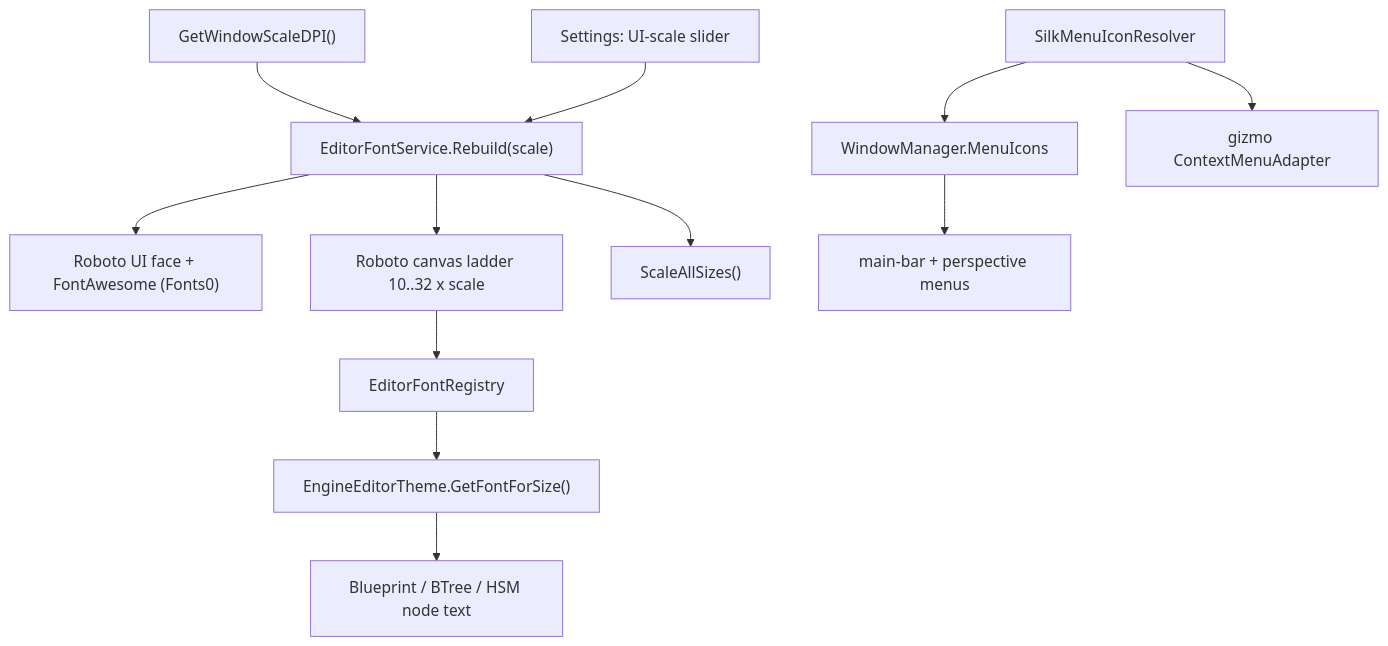
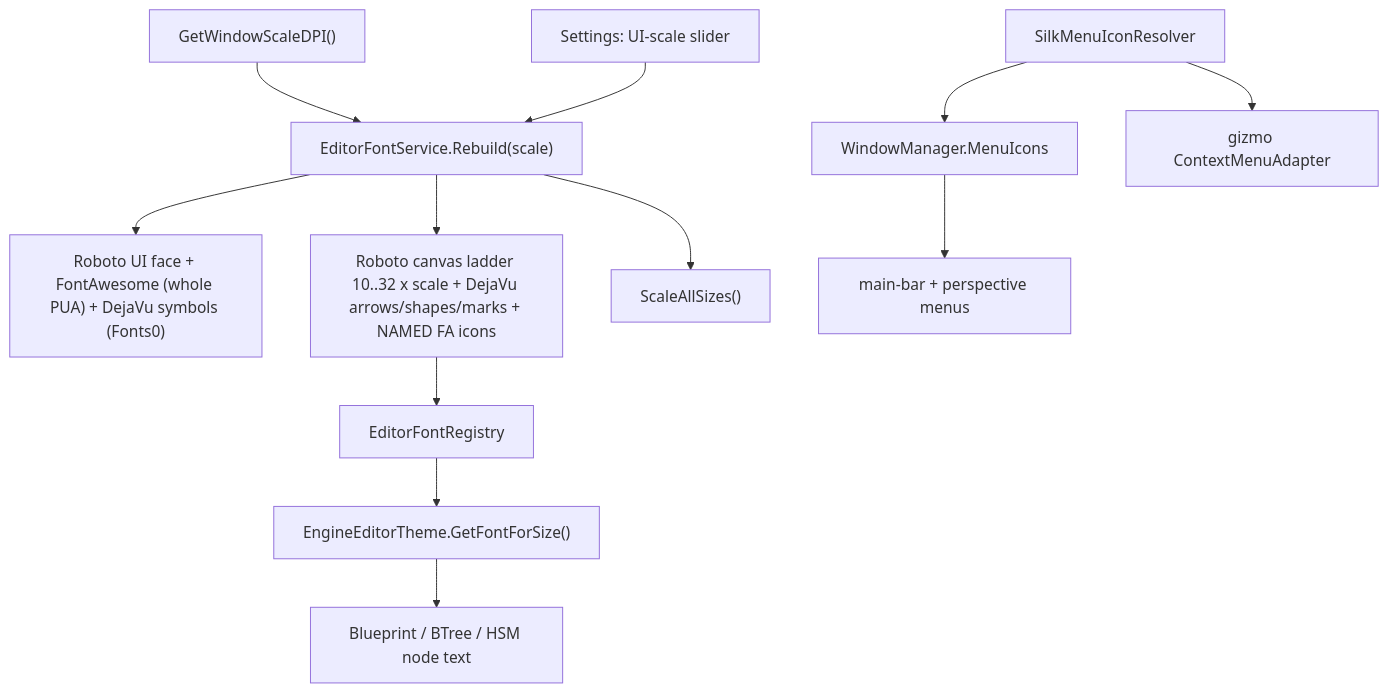
One commit to pjanec/HROT changed the diagram in docs/features/editor-fonts-dpi-menu-icons.md. Above: the diagram before and after it, drawn with Mermaid. The commit also changed other lines of this file and 15 other files, not shown here.

First line of the commit message:
CE-1063: the "?" glyphs - a DejaVu symbol subset merged under Roboto, FA for the rest, a rail over every UI literal and node badge

````diff
--- a/docs/features/editor-fonts-dpi-menu-icons.md
+++ b/docs/features/editor-fonts-dpi-menu-icons.md
@@ -24,14 +33,14 @@
 ```mermaid
 flowchart TD
   DPI["GetWindowScaleDPI()"] --> S
   Slider["Settings: UI-scale slider"] --> S
-  S["EditorFontService.Rebuild(scale)"] --> UI["Roboto UI face + FontAwesome (Fonts0)"]
-  S --> Lad["Roboto canvas ladder 10..32 x scale"]
+  S["EditorFontService.Rebuild(scale)"] --> UI["Roboto UI face + FontAwesome (whole PUA) + DejaVu symbols (Fonts0)"]
+  S --> Lad["Roboto canvas ladder 10..32 x scale + DejaVu arrows/shapes/marks + NAMED FA icons"]
   S --> Style["ScaleAllSizes()"]
   Lad --> Reg["EditorFontRegistry"]
   Reg --> Theme["EngineEditorTheme.GetFontForSize()"]
   Theme --> Canvas["Blueprint / BTree / HSM node text"]
   Res["SilkMenuIconResolver"] --> WM["WindowManager.MenuIcons"]
   Res --> Giz["gizmo ContextMenuAdapter"]
   WM --> Menus["main-bar + perspective menus"]
 ```
````
